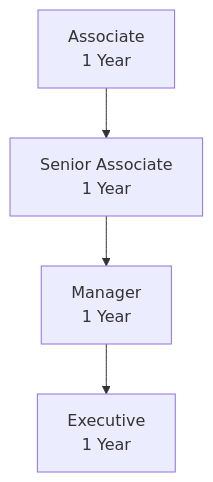
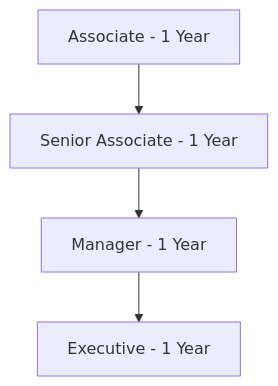
Diagram 18 of 18 in RIAH-PATHWAY-EXPERIENTIAL-STRUCTURE/EXPERIENTIAL-STRUCTURE.md (RIAHPathway/Website-Draft), drawn with Mermaid before and after one commit. The commit also changed other lines of this file, not shown here.

````diff
--- a/RIAH-PATHWAY-EXPERIENTIAL-STRUCTURE/EXPERIENTIAL-STRUCTURE.md
+++ b/RIAH-PATHWAY-EXPERIENTIAL-STRUCTURE/EXPERIENTIAL-STRUCTURE.md
@@ -1110,6 +1110,6 @@
 ```mermaid
 flowchart TD
-    A["Associate<br>1 Year"] --> B["Senior Associate<br>1 Year"]
-    B --> C["Manager<br>1 Year"]
-    C --> D["Executive<br>1 Year"]
+    A["Associate - 1 Year"] --> B["Senior Associate - 1 Year"]
+    B --> C["Manager - 1 Year"]
+    C --> D["Executive - 1 Year"]
 ```
````
